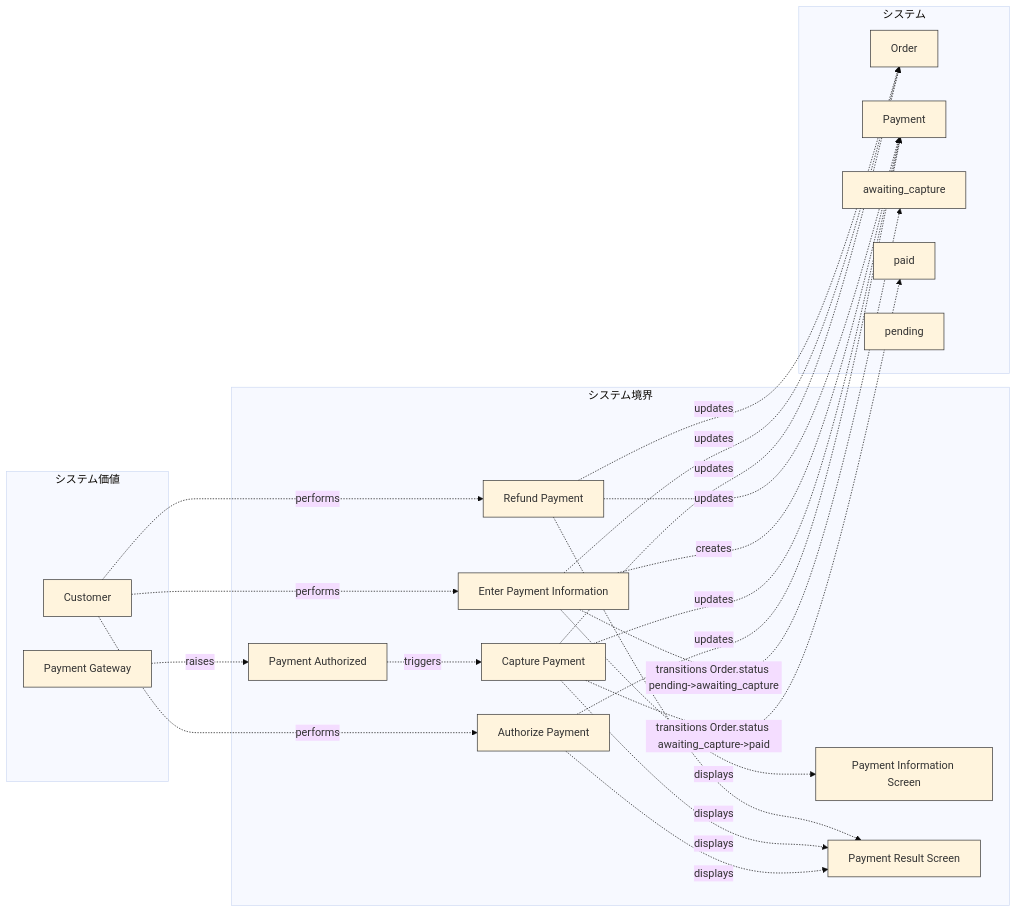
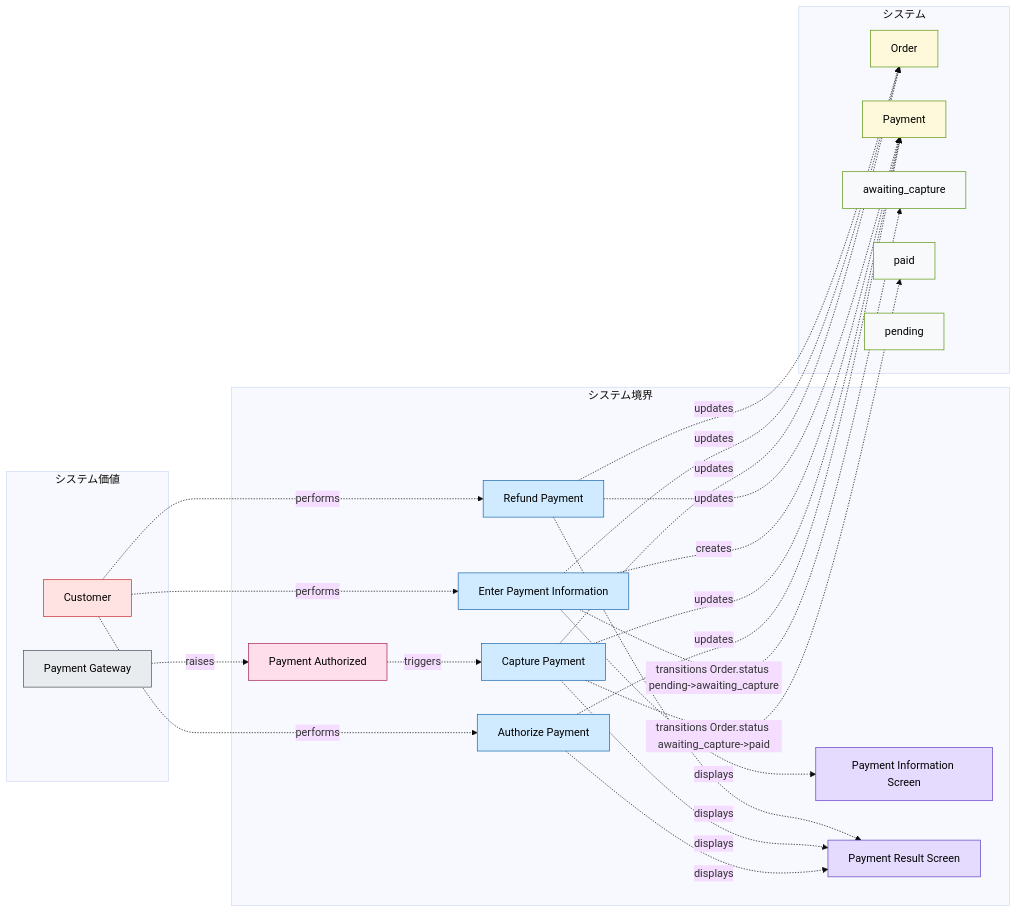
The diagram in samples/ec-site/out/usecase_buc_bucpayment.mmd (manji-0/rdra-ish-dsl), drawn with Mermaid (base theme) before and after one commit. The commit also changed 76 other files, not shown here.

First line of the commit message:
feat(cli): colour each RDRA element family in the flowchart diagrams

```diff
--- a/samples/ec-site/out/usecase_buc_bucpayment.mmd
+++ b/samples/ec-site/out/usecase_buc_bucpayment.mmd
@@ -1,60 +1,60 @@
 %% rdra-ish diagram=usecase scope=buc:BucPayment model=samples/ec-site
 %% layers: value=システム価値 boundary=システム境界 system=システム
 %% kinds: actor extsystem usecase screen event entity state
 %% omitted: buc api
 flowchart LR
   subgraph layer_value["システム価値"]
     actor__Customer["Customer"]:::actor
     extsystem__PaymentGW["Payment Gateway"]:::extsystem
   end
   subgraph layer_boundary["システム境界"]
     usecase__AuthorizePayment["Authorize Payment"]:::usecase
     usecase__Capture["Capture Payment"]:::usecase
     usecase__InputPaymentInfo["Enter Payment Information"]:::usecase
     usecase__RefundPayment["Refund Payment"]:::usecase
     screen__PaymentInputScreen["Payment Information Screen"]:::screen
     screen__PaymentResultScreen["Payment Result Screen"]:::screen
     event__EvPaymentAuthorized["Payment Authorized"]:::event
   end
   subgraph layer_system["システム"]
     entity__Order["Order"]:::entity
     entity__Payment["Payment"]:::entity
     state__Order_awaiting_capture["awaiting_capture"]:::state
     state__Order_paid["paid"]:::state
     state__Order_pending["pending"]:::state
   end
   actor__Customer -.->|performs| usecase__AuthorizePayment
   %% derived actor__Customer -> usecase__AuthorizePayment via buc__BucPayment
   actor__Customer -.->|performs| usecase__InputPaymentInfo
   %% derived actor__Customer -> usecase__InputPaymentInfo via buc__BucPayment
   actor__Customer -.->|performs| usecase__RefundPayment
   %% derived actor__Customer -> usecase__RefundPayment via buc__BucPayment
   event__EvPaymentAuthorized -.->|triggers| usecase__Capture
   extsystem__PaymentGW -.->|raises| event__EvPaymentAuthorized
   usecase__AuthorizePayment -.->|displays| screen__PaymentResultScreen
   usecase__AuthorizePayment -.->|updates| entity__Payment
   %% derived usecase__AuthorizePayment -> entity__Payment via api__PaymentAuthorizationApi
   usecase__Capture -.->|displays| screen__PaymentResultScreen
   usecase__Capture -.->|transitions Order.status awaiting_capture->paid| state__Order_paid
   usecase__Capture -.->|updates| entity__Order
   %% derived usecase__Capture -> entity__Order via api__PaymentCaptureApi
   usecase__Capture -.->|updates| entity__Payment
   %% derived usecase__Capture -> entity__Payment via api__PaymentCaptureApi
   usecase__InputPaymentInfo -.->|creates| entity__Payment
   %% derived usecase__InputPaymentInfo -> entity__Payment via api__PaymentInputApi
   usecase__InputPaymentInfo -.->|displays| screen__PaymentInputScreen
   usecase__InputPaymentInfo -.->|transitions Order.status pending->awaiting_capture| state__Order_awaiting_capture
   usecase__InputPaymentInfo -.->|updates| entity__Order
   %% derived usecase__InputPaymentInfo -> entity__Order via api__PaymentInputApi
   usecase__RefundPayment -.->|displays| screen__PaymentResultScreen
   usecase__RefundPayment -.->|updates| entity__Order
   %% derived usecase__RefundPayment -> entity__Order via api__PaymentRefundApi
   usecase__RefundPayment -.->|updates| entity__Payment
   %% derived usecase__RefundPayment -> entity__Payment via api__PaymentRefundApi
-  classDef actor stroke:#333;
-  classDef extsystem stroke:#333;
-  classDef usecase stroke:#333;
-  classDef screen stroke:#333;
-  classDef event stroke:#333;
-  classDef entity stroke:#333;
-  classDef state stroke:#333;
+  classDef actor fill:#ffe3e3,stroke:#c92a2a,color:#000;
+  classDef extsystem fill:#e9ecef,stroke:#495057,color:#000;
+  classDef usecase fill:#d0ebff,stroke:#1864ab,color:#000;
+  classDef screen fill:#e5dbff,stroke:#5f3dc4,color:#000;
+  classDef event fill:#ffdeeb,stroke:#a61e4d,color:#000;
+  classDef entity fill:#fff9db,stroke:#5c940d,color:#000;
+  classDef state fill:#f8f9fa,stroke:#5c940d,color:#000;
```
